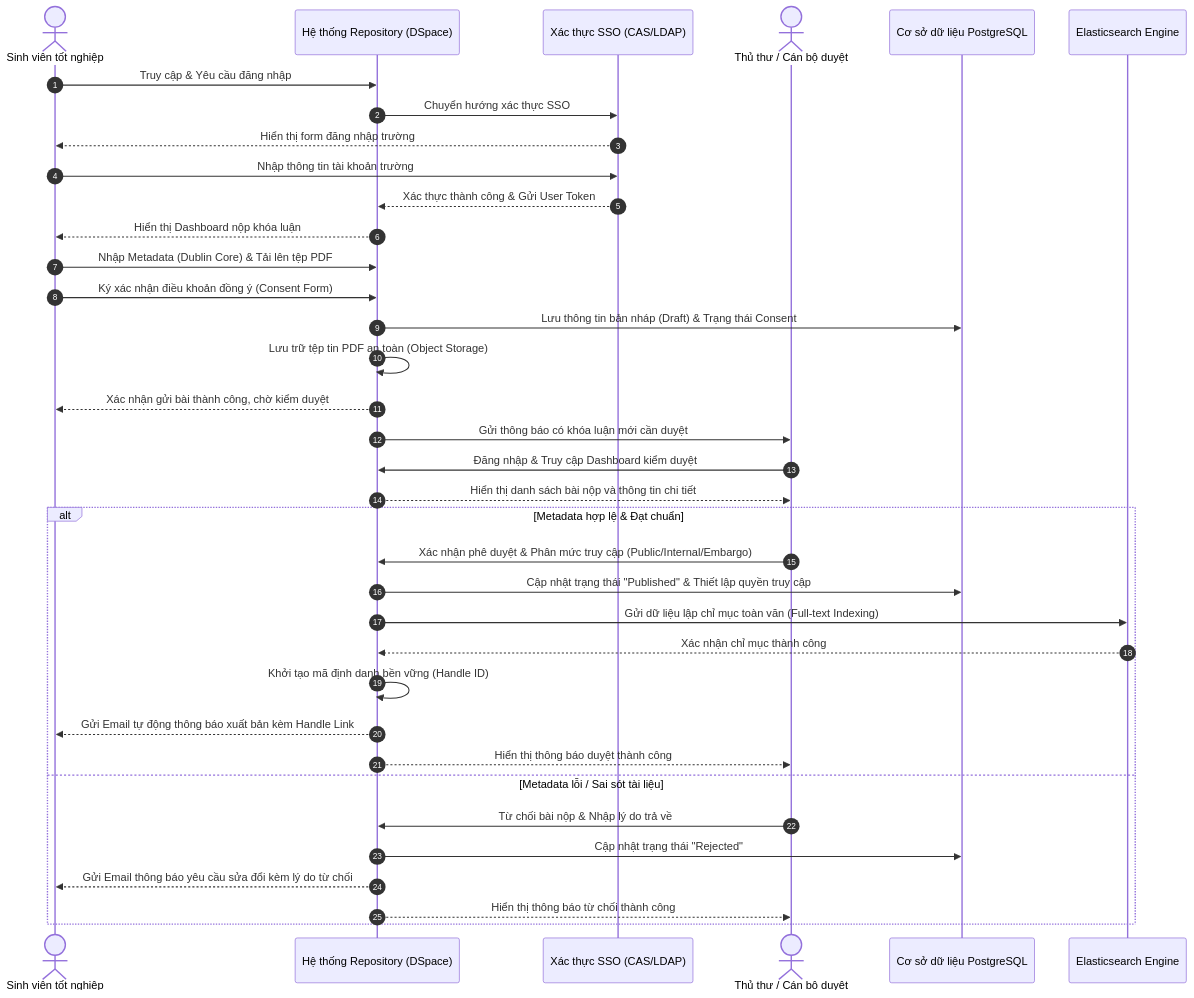
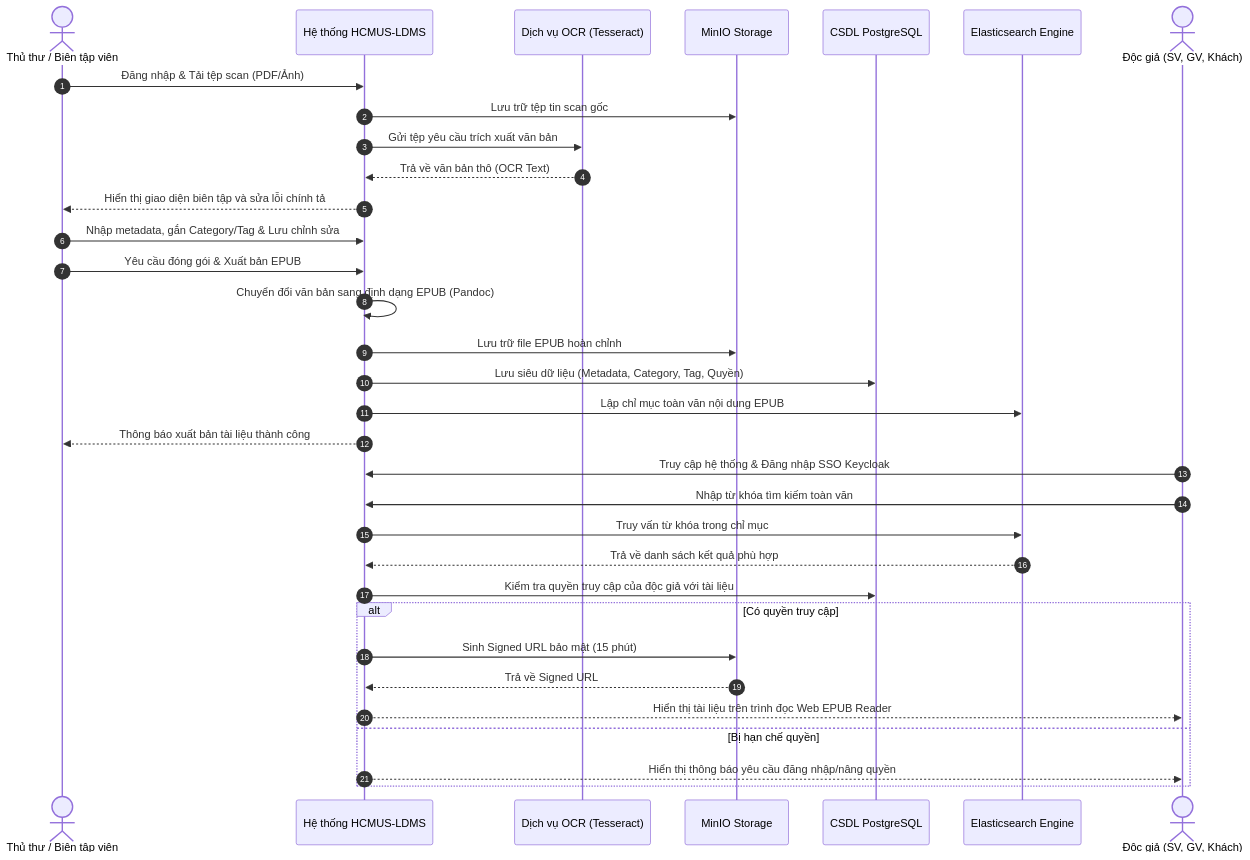
Before and after one commit to se-bros/hcmus-projectmanage--lab: the diagram in docs/images/submission_workflow.mmd, drawn with Mermaid. The commit also changed other lines of this file and 44 other files, not shown here.

Commit message:
feat: initialize project documentation and agent reference files with accompanying diagrams and PDF exports

```diff
--- a/docs/images/submission_workflow.mmd
+++ b/docs/images/submission_workflow.mmd
@@ -1,40 +1,36 @@
 sequenceDiagram
     autonumber
-    actor SV as Sinh viên tốt nghiệp
-    participant Sys as Hệ thống Repository (DSpace)
-    participant SSO as Xác thực SSO (CAS/LDAP)
-    actor TT as Thủ thư / Cán bộ duyệt
-    participant DB as Cơ sở dữ liệu PostgreSQL
+    actor TT as Thủ thư / Biên tập viên
+    participant Sys as Hệ thống HCMUS-LDMS
+    participant OCR as Dịch vụ OCR (Tesseract)
+    participant MinIO as MinIO Storage
+    participant DB as CSDL PostgreSQL
     participant ES as Elasticsearch Engine
+    actor DG as Độc giả (SV, GV, Khách)
 
-    SV->>Sys: Truy cập & Yêu cầu đăng nhập
-    Sys->>SSO: Chuyển hướng xác thực SSO
-    SSO-->>SV: Hiển thị form đăng nhập trường
-    SV->>SSO: Nhập thông tin tài khoản trường
-    SSO-->>Sys: Xác thực thành công & Gửi User Token
-    Sys-->>SV: Hiển thị Dashboard nộp khóa luận
+    TT->>Sys: Đăng nhập & Tải tệp scan (PDF/Ảnh)
+    Sys->>MinIO: Lưu trữ tệp tin scan gốc
+    Sys->>OCR: Gửi tệp yêu cầu trích xuất văn bản
+    OCR-->>Sys: Trả về văn bản thô (OCR Text)
+    Sys-->>TT: Hiển thị giao diện biên tập và sửa lỗi chính tả
     
-    SV->>Sys: Nhập Metadata (Dublin Core) & Tải lên tệp PDF
-    SV->>Sys: Ký xác nhận điều khoản đồng ý (Consent Form)
-    Sys->>DB: Lưu thông tin bản nháp (Draft) & Trạng thái Consent
-    Sys->>Sys: Lưu trữ tệp tin PDF an toàn (Object Storage)
-    Sys-->>SV: Xác nhận gửi bài thành công, chờ kiểm duyệt
+    TT->>Sys: Nhập metadata, gắn Category/Tag & Lưu chỉnh sửa
+    TT->>Sys: Yêu cầu đóng gói & Xuất bản EPUB
+    Sys->>Sys: Chuyển đổi văn bản sang định dạng EPUB (Pandoc)
+    Sys->>MinIO: Lưu trữ file EPUB hoàn chỉnh
+    Sys->>DB: Lưu siêu dữ liệu (Metadata, Category, Tag, Quyền)
+    Sys->>ES: Lập chỉ mục toàn văn nội dung EPUB
+    Sys-->>TT: Thông báo xuất bản tài liệu thành công
     
-    Sys->>TT: Gửi thông báo có khóa luận mới cần duyệt
-    TT->>Sys: Đăng nhập & Truy cập Dashboard kiểm duyệt
-    Sys-->>TT: Hiển thị danh sách bài nộp và thông tin chi tiết
-    
-    alt Metadata hợp lệ & Đạt chuẩn
-        TT->>Sys: Xác nhận phê duyệt & Phân mức truy cập (Public/Internal/Embargo)
-        Sys->>DB: Cập nhật trạng thái "Published" & Thiết lập quyền truy cập
-        Sys->>ES: Gửi dữ liệu lập chỉ mục toàn văn (Full-text Indexing)
-        ES-->>Sys: Xác nhận chỉ mục thành công
-        Sys->>Sys: Khởi tạo mã định danh bền vững (Handle ID)
-        Sys-->>SV: Gửi Email tự động thông báo xuất bản kèm Handle Link
-        Sys-->>TT: Hiển thị thông báo duyệt thành công
-    else Metadata lỗi / Sai sót tài liệu
-        TT->>Sys: Từ chối bài nộp & Nhập lý do trả về
-        Sys->>DB: Cập nhật trạng thái "Rejected"
-        Sys-->>SV: Gửi Email thông báo yêu cầu sửa đổi kèm lý do từ chối
-        Sys-->>TT: Hiển thị thông báo từ chối thành công
+    DG->>Sys: Truy cập hệ thống & Đăng nhập SSO Keycloak
+    DG->>Sys: Nhập từ khóa tìm kiếm toàn văn
+    Sys->>ES: Truy vấn từ khóa trong chỉ mục
+    ES-->>Sys: Trả về danh sách kết quả phù hợp
+    Sys->>DB: Kiểm tra quyền truy cập của độc giả với tài liệu
+    alt Có quyền truy cập
+        Sys->>MinIO: Sinh Signed URL bảo mật (15 phút)
+        MinIO-->>Sys: Trả về Signed URL
+        Sys-->>DG: Hiển thị tài liệu trên trình đọc Web EPUB Reader
+    else Bị hạn chế quyền
+        Sys-->>DG: Hiển thị thông báo yêu cầu đăng nhập/nâng quyền
     end
```
